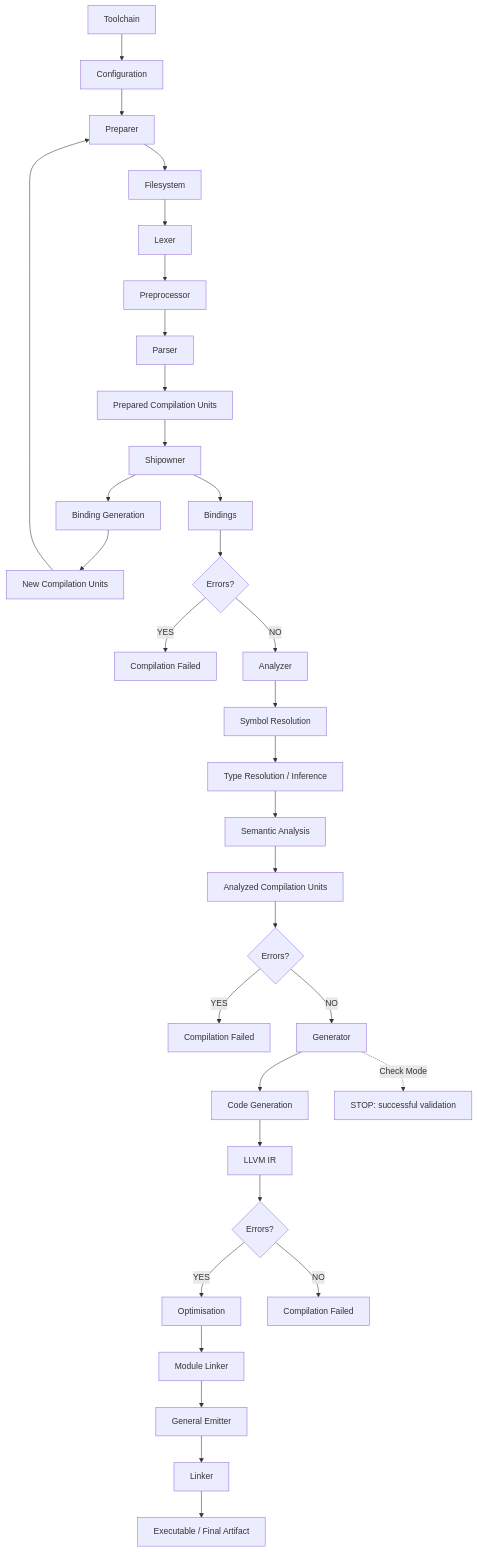
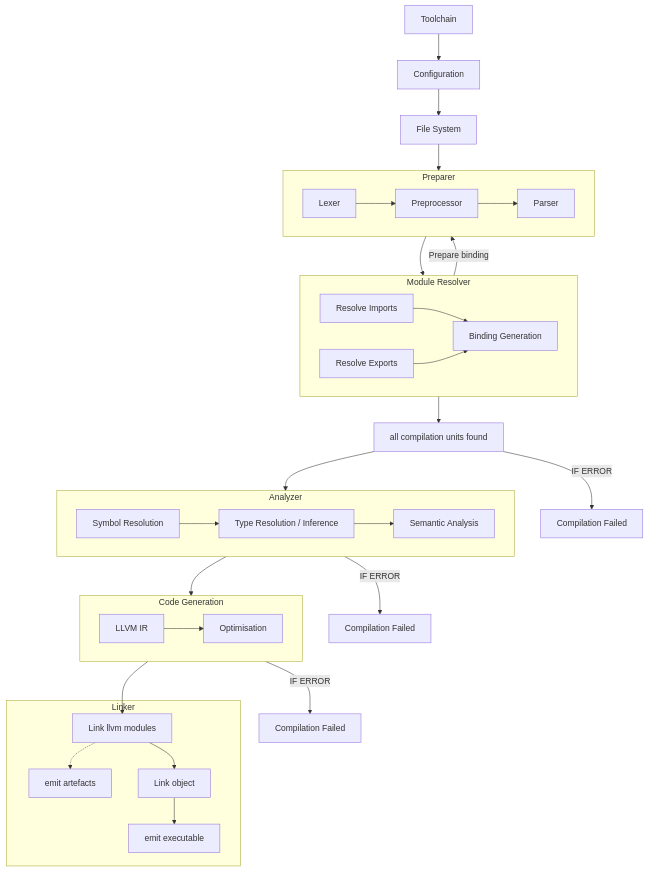
Before and after one commit to TheProgrammare/Tolza: the diagram in docs/wiki/compiler/pipeline.md, drawn with Mermaid.

````diff
--- a/docs/wiki/compiler/pipeline.md
+++ b/docs/wiki/compiler/pipeline.md
@@ -3,46 +3,48 @@
 ```mermaid
-flowchart TD
+flowchart TB
     A[Toolchain] --> B[Configuration]
-    B --> C[Preparer]
+    B --> FS[File System]
+    FS --> C
+    subgraph E[Module Resolver]
+        E2[Resolve Exports]
+        E3[Resolve Imports]
+        E3 --> E4[Binding Generation]
+        E2 --> E4
+    end
+    subgraph C[Preparer]
+        C2[Lexer]
+        C2 --> C3[Preprocessor]
+        C3 --> C4[Parser]
+    end
 
-    C --> C1[Filesystem]
-    C1 --> C2[Lexer]
-    C2 --> C3[Preprocessor]
-    C3 --> C4[Parser]
-    C4 --> D[Prepared Compilation Units]
+    C --> E
+    E -- Prepare binding --> C
 
-    D --> E[Shipowner]
+    E --> F[all compilation units found]
+    F -- IF ERROR --> X[Compilation Failed]
+    F --> H
 
-    E --> E1[Binding Generation]
-    E1 --> E2[New Compilation Units]
-    E2 --> C
+     subgraph H[Analyzer]
+        H1[Symbol Resolution]
+        H1 --> H2[Type Resolution / Inference]
+        H2 --> H3[Semantic Analysis]
+    end
 
-    E --> F[Bindings]
-    F --> G{Errors?}
+    H --> J
+    H -- IF ERROR --> X1[Compilation Failed]
 
-    G -- YES --> X[Compilation Failed]
-    G -- NO --> H[Analyzer]
+    subgraph J[Code Generation]
+        J1[LLVM IR]
+        J1 --> J2[Optimisation]
+    end
 
-    H --> H1[Symbol Resolution]
-    H1 --> H2[Type Resolution / Inference]
-    H2 --> H3[Semantic Analysis]
-    H3 --> I[Analyzed Compilation Units]
-    I --> P{Errors?}
+    J --> L
+    J -- IF ERROR --> X2[Compilation Failed]
     
-    P -- YES --> O1[Compilation Failed]
-    P -- NO --> J[Generator]
-
-    J --> J1[Code Generation]
-    J1 --> J2[LLVM IR]
-    J2 --> Q{Errors?}
-
-    Q -- YES --> J3[Optimisation]
-    Q -- NO --> J4[Compilation Failed]
-
-    J3 --> K[Module Linker]
-    K --> L[General Emitter]
-    L --> M[Linker]
-    M --> N[Executable / Final Artifact]
-
-    J -. Check Mode .-> O[STOP: successful validation]
+    subgraph K[Linker]
+        L[Link llvm modules]
+        L .-> L1[emit artefacts]
+        L --> L2[Link object]
+        L2 --> L3[emit executable]
+    end
 ```
````
